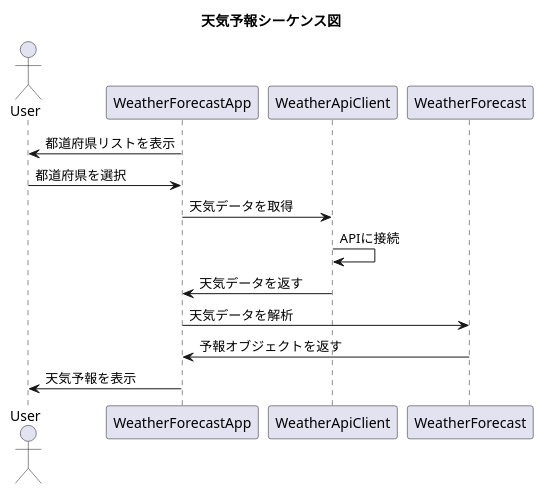
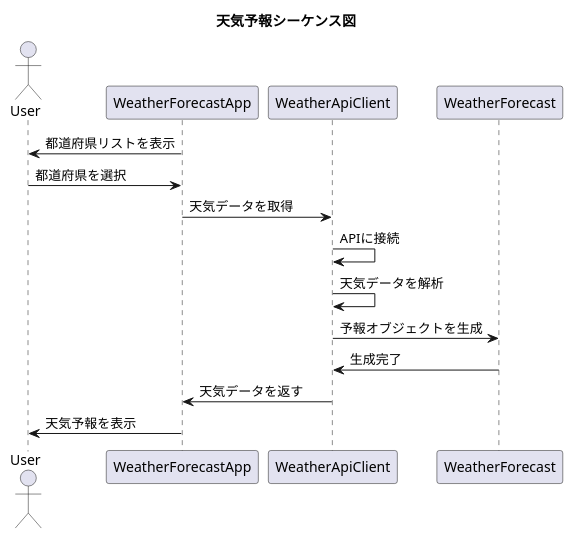
Before and after one commit to faopaic/WeatherForecastApp_modify: the diagram in WeatherForecastApp_Seqence.puml, drawn with PlantUML. The commit also changed 1 other file, not shown here.

```diff
--- a/WeatherForecastApp_Seqence.puml
+++ b/WeatherForecastApp_Seqence.puml
@@ -1,19 +1,20 @@
 @startuml
 
 title 天気予報シーケンス図
 
 actor User
 participant "WeatherForecastApp" as App
 participant "WeatherApiClient" as Client
 participant "WeatherForecast" as Forecast
 
 App -> User: 都道府県リストを表示
 User -> App: 都道府県を選択
 App -> Client: 天気データを取得
 Client -> Client: APIに接続
+Client -> Client: 天気データを解析
+Client -> Forecast: 予報オブジェクトを生成
+Forecast -> Client: 生成完了
 Client -> App: 天気データを返す
-App -> Forecast: 天気データを解析
-Forecast -> App: 予報オブジェクトを返す
 App -> User: 天気予報を表示
 
 @enduml
```
